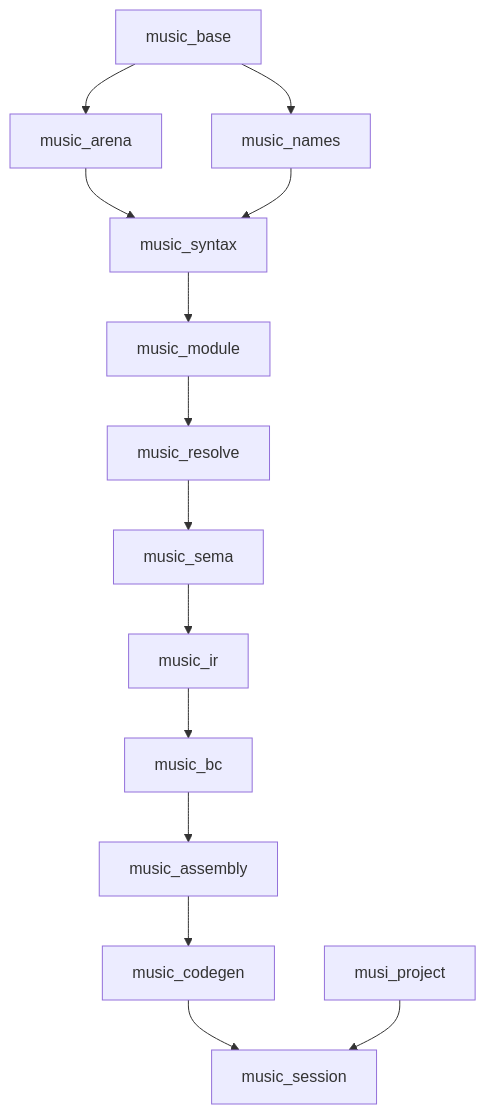
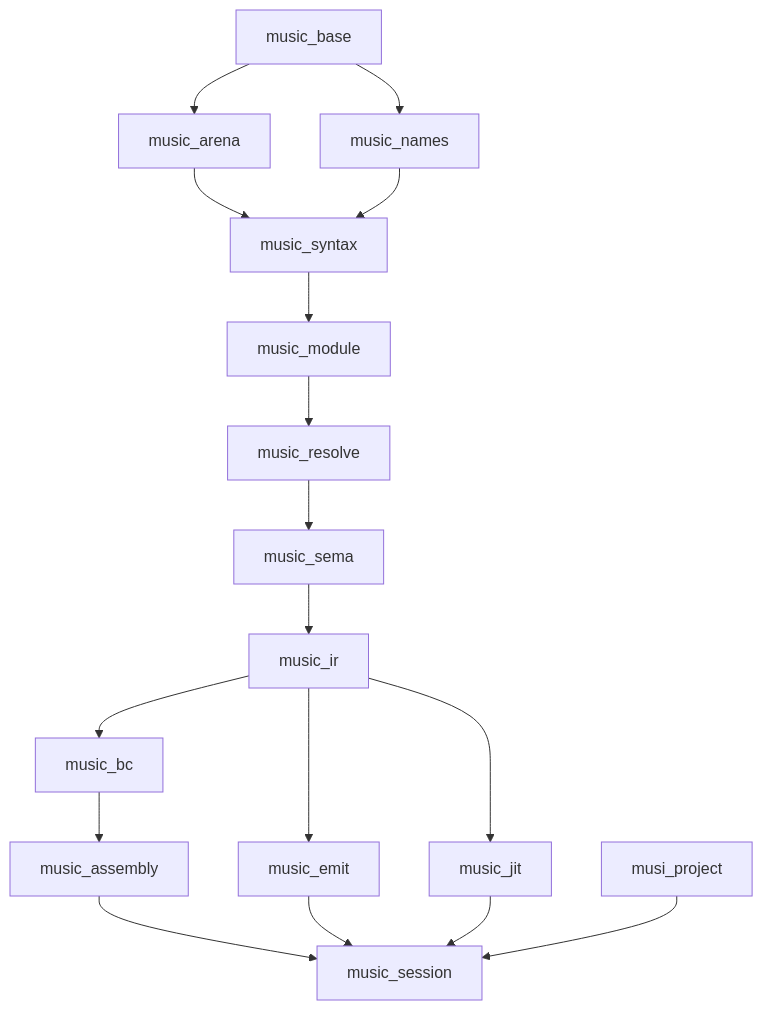
Before and after one commit to musi-lang/musi: the diagram in docs/09-architecture.md, drawn with Mermaid. The commit also changed other lines of this file and 4 other files, not shown here.

Commit message:
docs: rename music_codegen to music_emit; add planned music_jit

````diff
--- a/docs/09-architecture.md
+++ b/docs/09-architecture.md
@@ -52,22 +53,26 @@
 ```mermaid
 graph TD
   base[music_base]
   arena[music_arena]
   names[music_names]
   syntax[music_syntax]
   module[music_module]
   resolve[music_resolve]
   sema[music_sema]
   ir[music_ir]
   bc[music_bc]
   assembly[music_assembly]
-  codegen[music_codegen]
+  emit[music_emit]
+  jit[music_jit]
   session[music_session]
   project[musi_project]
 
   base --> arena
   base --> names
   arena --> syntax
-  names --> syntax --> module --> resolve --> sema --> ir --> bc --> assembly --> codegen --> session
+  names --> syntax --> module --> resolve --> sema --> ir
+  ir --> bc --> assembly --> session
+  ir --> emit --> session
+  ir --> jit --> session
   project --> session
 ```
````
